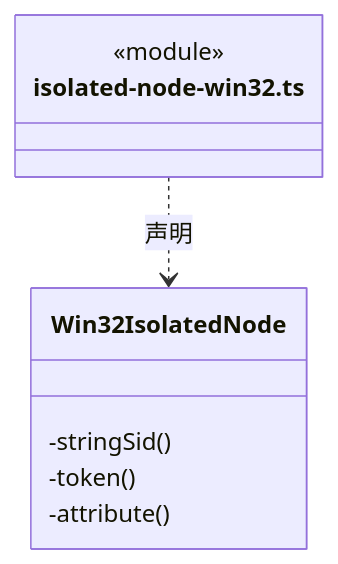
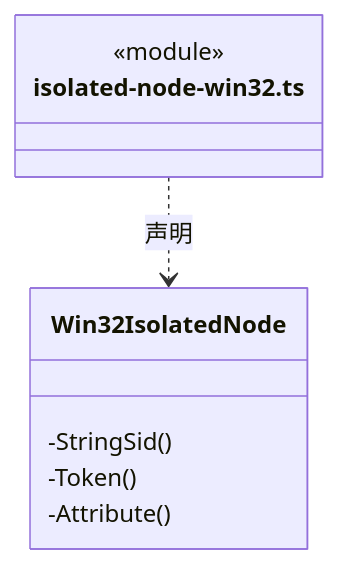
Before and after one commit to nan023062/cbim: the fifth of 15 diagrams in src/logic/file-operations/platform/isolation/ARCHITECTURE.md, drawn with Mermaid. The commit also changed other lines of this file and 1035 other files, not shown here.

````diff
--- a/src/logic/file-operations/platform/isolation/ARCHITECTURE.md
+++ b/src/logic/file-operations/platform/isolation/ARCHITECTURE.md
@@ -124,12 +124,12 @@
 ```mermaid
 classDiagram
 class N_src_logic_file_operations_platform_isolation_isolated_node_win32_ts["isolated-node-win32.ts"] {
   <<module>>
 }
 class N_src_logic_file_operations_platform_isolation_isolated_node_win32_ts_Win32IsolatedNode["Win32IsolatedNode"] {
-  -stringSid()
-  -token()
-  -attribute()
+  -StringSid()
+  -Token()
+  -Attribute()
 }
 N_src_logic_file_operations_platform_isolation_isolated_node_win32_ts ..> N_src_logic_file_operations_platform_isolation_isolated_node_win32_ts_Win32IsolatedNode : 声明
 ```
````
